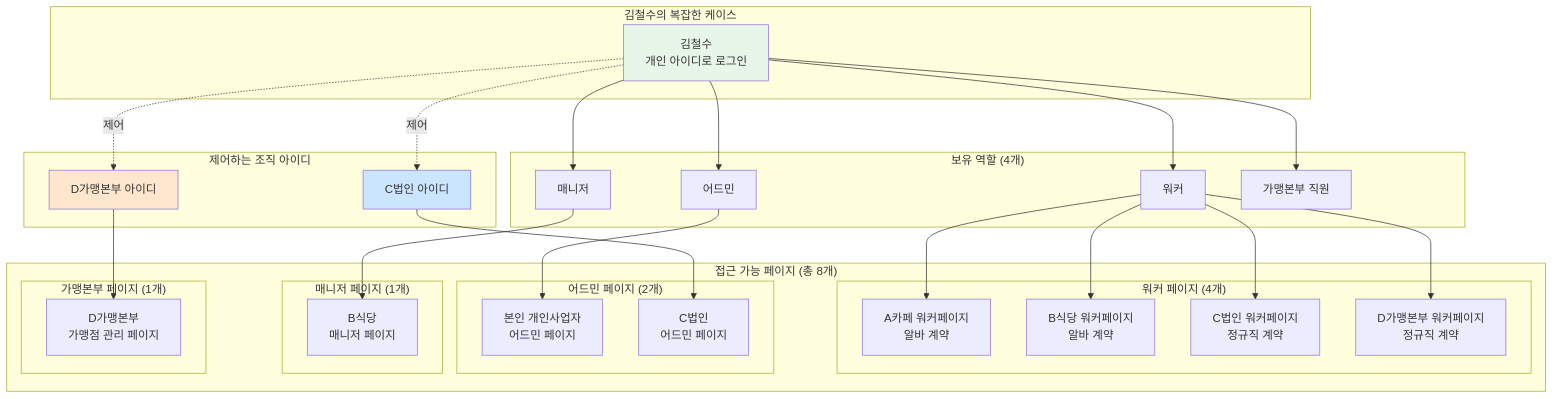
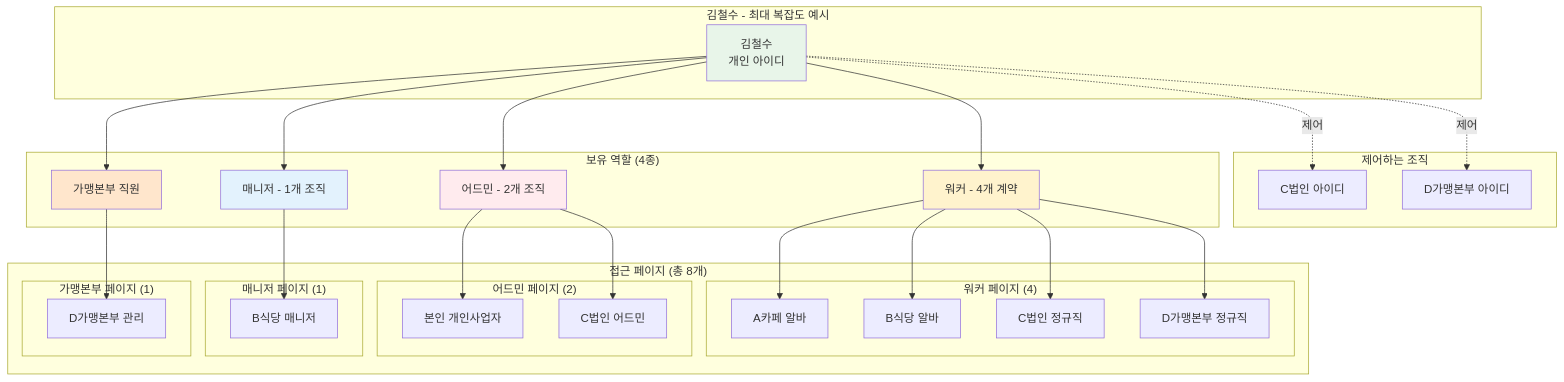
Before and after one commit to crazybass81/DOT: the third of 8 diagrams in services/attendance/user-permission-diagram.md, drawn with Mermaid. The commit also changed other lines of this file, not shown here.

````diff
--- a/services/attendance/user-permission-diagram.md
+++ b/services/attendance/user-permission-diagram.md
@@ -73,44 +124,46 @@
 ```mermaid
 flowchart TD
-    subgraph "김철수의 복잡한 케이스"
-        User[김철수<br/>개인 아이디로 로그인]
+    subgraph "김철수 - 최대 복잡도 예시"
+        User[김철수<br/>개인 아이디]
     end
     
-    subgraph "제어하는 조직 아이디"
+    subgraph "제어하는 조직"
         User -.제어.-> Corp[C법인 아이디]
         User -.제어.-> Franchise[D가맹본부 아이디]
     end
     
-    subgraph "보유 역할 (4개)"
-        User --> R1[워커]
-        User --> R2[어드민]
-        User --> R3[매니저]  
+    subgraph "보유 역할 (4종)"
+        User --> R1[워커 - 4개 계약]
+        User --> R2[어드민 - 2개 조직]
+        User --> R3[매니저 - 1개 조직]
         User --> R4[가맹본부 직원]
     end
     
-    subgraph "접근 가능 페이지 (총 8개)"
-        subgraph "워커 페이지 (4개)"
-            R1 --> W1[A카페 워커페이지<br/>알바 계약]
-            R1 --> W2[B식당 워커페이지<br/>알바 계약]
-            R1 --> W3[C법인 워커페이지<br/>정규직 계약]
-            R1 --> W4[D가맹본부 워커페이지<br/>정규직 계약]
+    subgraph "접근 페이지 (총 8개)"
+        subgraph "워커 페이지 (4)"
+            R1 --> W1[A카페 알바]
+            R1 --> W2[B식당 알바]
+            R1 --> W3[C법인 정규직]
+            R1 --> W4[D가맹본부 정규직]
         end
         
-        subgraph "어드민 페이지 (2개)"
-            R2 --> A1[본인 개인사업자<br/>어드민 페이지]
-            Corp --> A2[C법인<br/>어드민 페이지]
+        subgraph "어드민 페이지 (2)"
+            R2 --> A1[본인 개인사업자]
+            R2 --> A2[C법인 어드민]
         end
         
-        subgraph "매니저 페이지 (1개)"
-            R3 --> M1[B식당<br/>매니저 페이지]
+        subgraph "매니저 페이지 (1)"
+            R3 --> M1[B식당 매니저]
         end
         
-        subgraph "가맹본부 페이지 (1개)"
-            Franchise --> F1[D가맹본부<br/>가맹점 관리 페이지]
+        subgraph "가맹본부 페이지 (1)"
+            R4 --> F1[D가맹본부 관리]
         end
     end
     
     style User fill:#e8f5e9
-    style Corp fill:#cce5ff
-    style Franchise fill:#ffe6cc
+    style R1 fill:#fff3cd
+    style R2 fill:#ffebee
+    style R3 fill:#e3f2fd
+    style R4 fill:#ffe6cc
 ```
````
